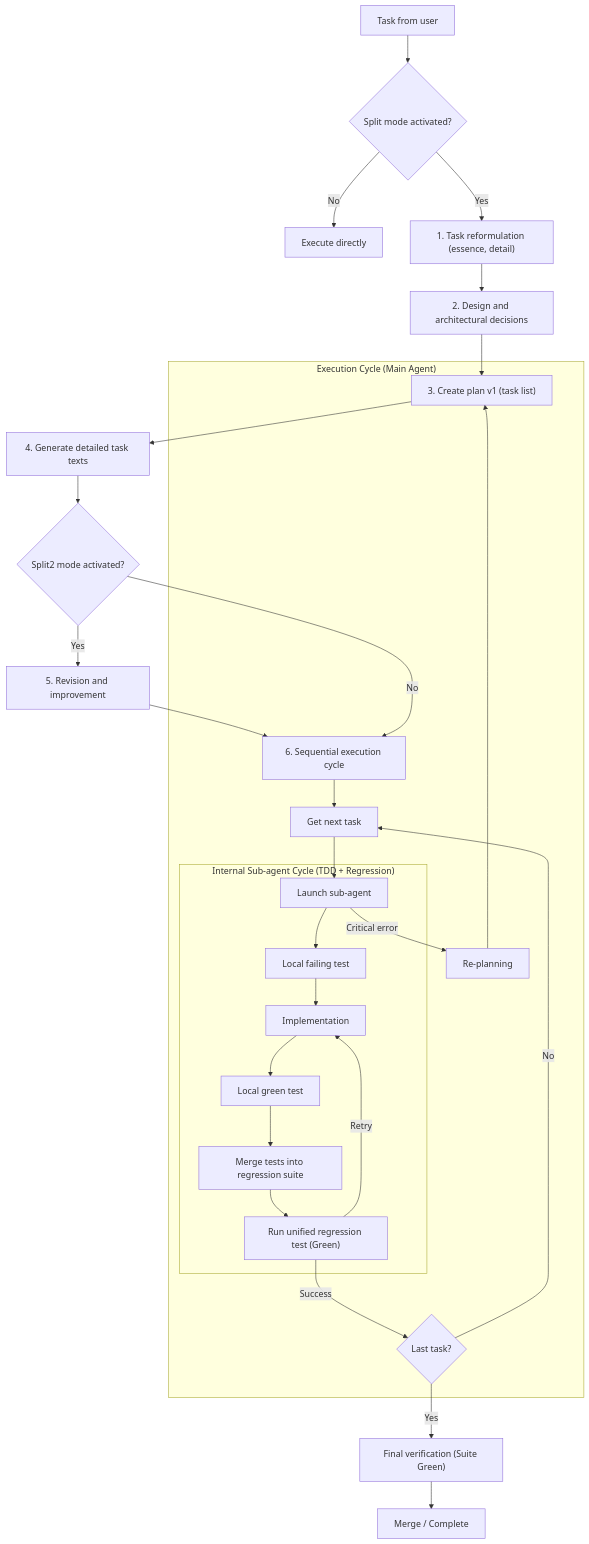
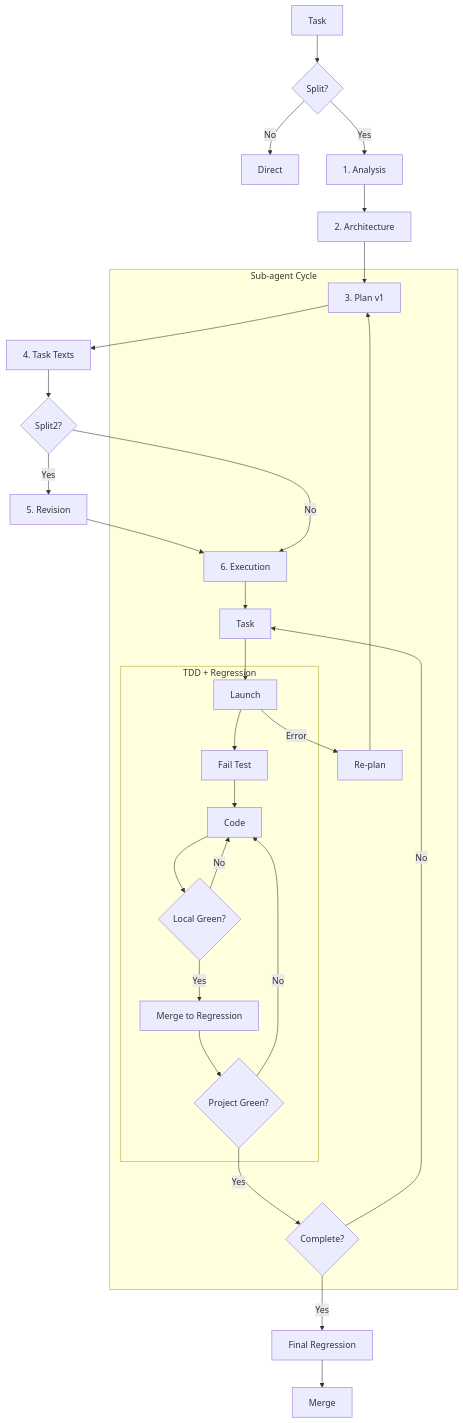
One commit to SpIvanM/split-first-tdd-agent-orchestration-framework changed the diagram in README.en.md. Above: the diagram before and after it, drawn with Mermaid. The commit also changed other lines of this file and 1 other file, not shown here.

Commit message:
docs: simplify and condense documentation and mermaid diagrams for split-mode workflows

````diff
--- a/README.en.md
+++ b/README.en.md
@@ -98,36 +97,37 @@
 ```mermaid
 graph TD
-    A["Task from user"] --> B{"Split mode activated?"}
-    B -- "No" --> C["Execute directly"]
-    B -- "Yes" --> D["1. Task reformulation (essence, detail)"]
-    D --> E["2. Design and architectural decisions"]
-    E --> F["3. Create plan v1 (task list)"]
-    F --> G["4. Generate detailed task texts"]
-    G --> H{"Split2 mode activated?"}
-    H -- "Yes" --> I["5. Revision and improvement"]
-    I --> J["6. Sequential execution cycle"]
+    A["Task"] --> B{"Split?"}
+    B -- "No" --> C["Direct"]
+    B -- "Yes" --> D["1. Analysis"]
+    D --> E["2. Architecture"]
+    E --> F["3. Plan v1"]
+    F --> G["4. Task Texts"]
+    G --> H{"Split2?"}
+    H -- "Yes" --> I["5. Revision"]
+    I --> J["6. Execution"]
     H -- "No" --> J
     
-    subgraph "Execution Cycle (Main Agent)"
-        J --> K["Get next task"]
-        K --> L["Launch sub-agent"]
+    subgraph "Sub-agent Cycle"
+        J --> K["Task"]
+        K --> L["Launch"]
         
-        subgraph "Internal Sub-agent Cycle (TDD + Regression)"
-            L --> M["Local failing test"]
-            M --> N["Implementation"]
-            N --> O["Local green test"]
-            O --> P["Merge tests into regression suite"]
-            P --> Q["Run unified regression test (Green)"]
-            Q -- "Retry" --> N
+        subgraph "TDD + Regression"
+            L --> M["Fail Test"]
+            M --> N["Code"]
+            N --> O{"Local Green?"}
+            O -- "No" --> N
+            O -- "Yes" --> P["Merge to Regression"]
+            P --> Q{"Project Green?"}
+            Q -- "No" --> N
         end
         
-        Q -- "Success" --> R{"Last task?"}
+        Q -- "Yes" --> R{"Complete?"}
         R -- "No" --> K
         
-        L -- "Critical error" --> T["Re-planning"]
+        L -- "Error" --> T["Re-plan"]
         T --> F
     end
     
-    R -- "Yes" --> U["Final verification (Suite Green)"]
-    U --> V["Merge / Complete"]
+    R -- "Yes" --> U["Final Regression"]
+    U --> V["Merge"]
 ```
````
